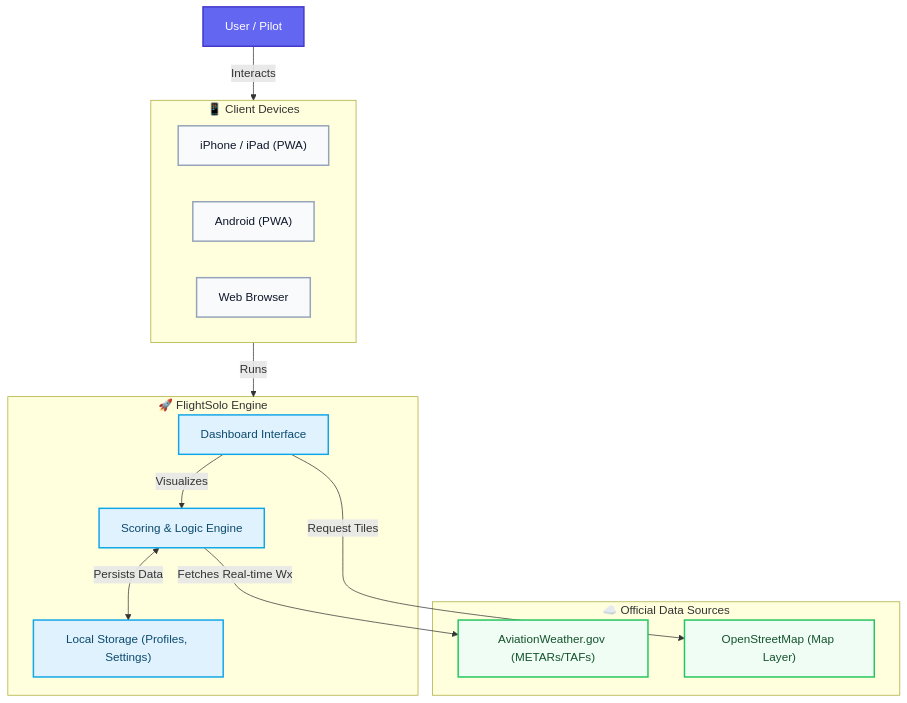
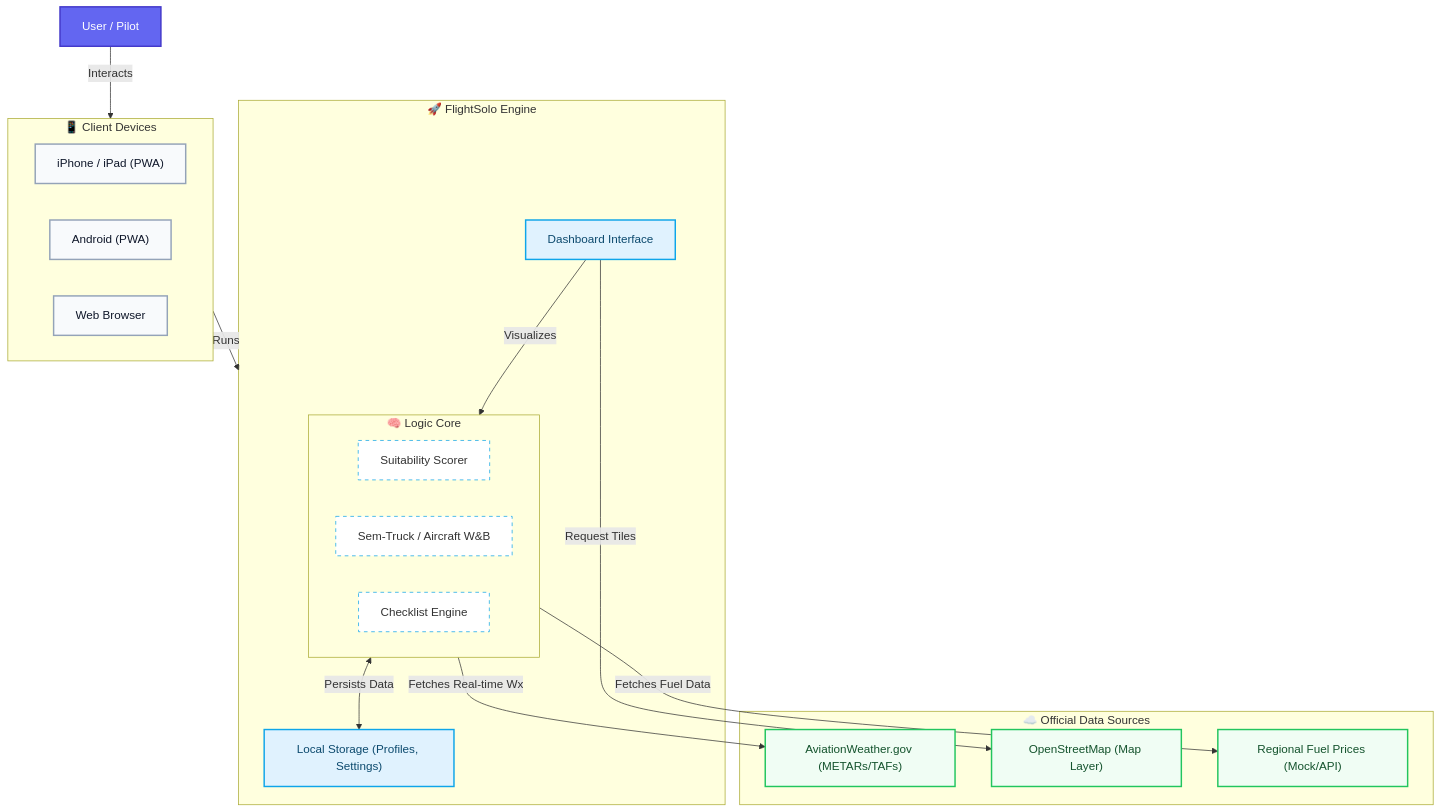
One commit to wavyvi00/pilotweatherbrief changed the diagram in README.md. Above: the diagram before and after it, drawn with Mermaid. The commit also changed 12 other files, not shown here.

````diff
--- a/README.md
+++ b/README.md
@@ -13,41 +13,51 @@
 ```mermaid
 graph TD
     %% Nodes
     User["User / Pilot"]
 
     subgraph Devices ["📱 Client Devices"]
         iPhone["iPhone / iPad (PWA)"]
         Android["Android (PWA)"]
         Web["Web Browser"]
     end
 
     subgraph App ["🚀 FlightSolo Engine"]
         UI["Dashboard Interface"]
-        Logic["Scoring & Logic Engine"]
+        
+        subgraph LogicLayer ["🧠 Logic Core"]
+            Scoring["Suitability Scorer"]
+            WB["Sem-Truck / Aircraft W&B"]
+            Checklist["Checklist Engine"]
+        end
+        
         Store["Local Storage (Profiles, Settings)"]
     end
 
     subgraph External ["☁️ Official Data Sources"]
         NOAA["AviationWeather.gov (METARs/TAFs)"]
         OSM["OpenStreetMap (Map Layer)"]
+        FuelAPI["Regional Fuel Prices (Mock/API)"]
     end
 
     %% Edge Connections
     User -->|Interacts| Devices
     Devices -->|Runs| App
-    UI -->|Visualizes| Logic
-    Logic <-->|Persists Data| Store
-    Logic -->|Fetches Real-time Wx| NOAA
+    UI -->|Visualizes| LogicLayer
+    LogicLayer <-->|Persists Data| Store
+    LogicLayer -->|Fetches Real-time Wx| NOAA
+    LogicLayer -->|Fetches Fuel Data| FuelAPI
     UI -->|Request Tiles| OSM
 
     %% Styling
     classDef user fill:#6366f1,stroke:#4338ca,stroke-width:2px,color:white;
     classDef device fill:#f8fafc,stroke:#94a3b8,stroke-width:2px,color:#0f172a;
     classDef app fill:#e0f2fe,stroke:#0ea5e9,stroke-width:2px,color:#0c4a6e;
     classDef ext fill:#f0fdf4,stroke:#22c55e,stroke-width:2px,color:#14532d;
+    classDef logic fill:#fff,stroke:#0ea5e9,stroke-dasharray: 5 5;
 
     class User user;
     class iPhone,Android,Web device;
-    class UI,Logic,Store app;
-    class NOAA,OSM ext;
+    class UI,Store app;
+    class Scoring,WB,Checklist logic;
+    class NOAA,OSM,FuelAPI ext;
 ```
````
